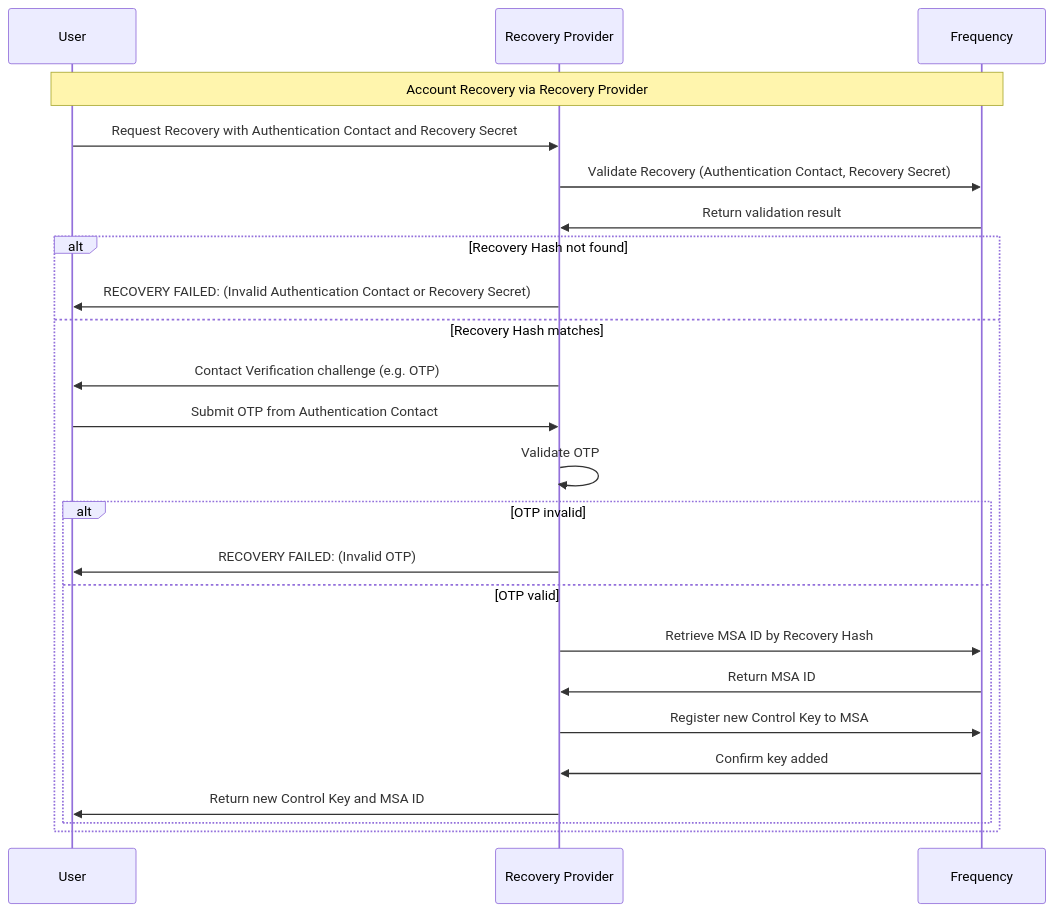
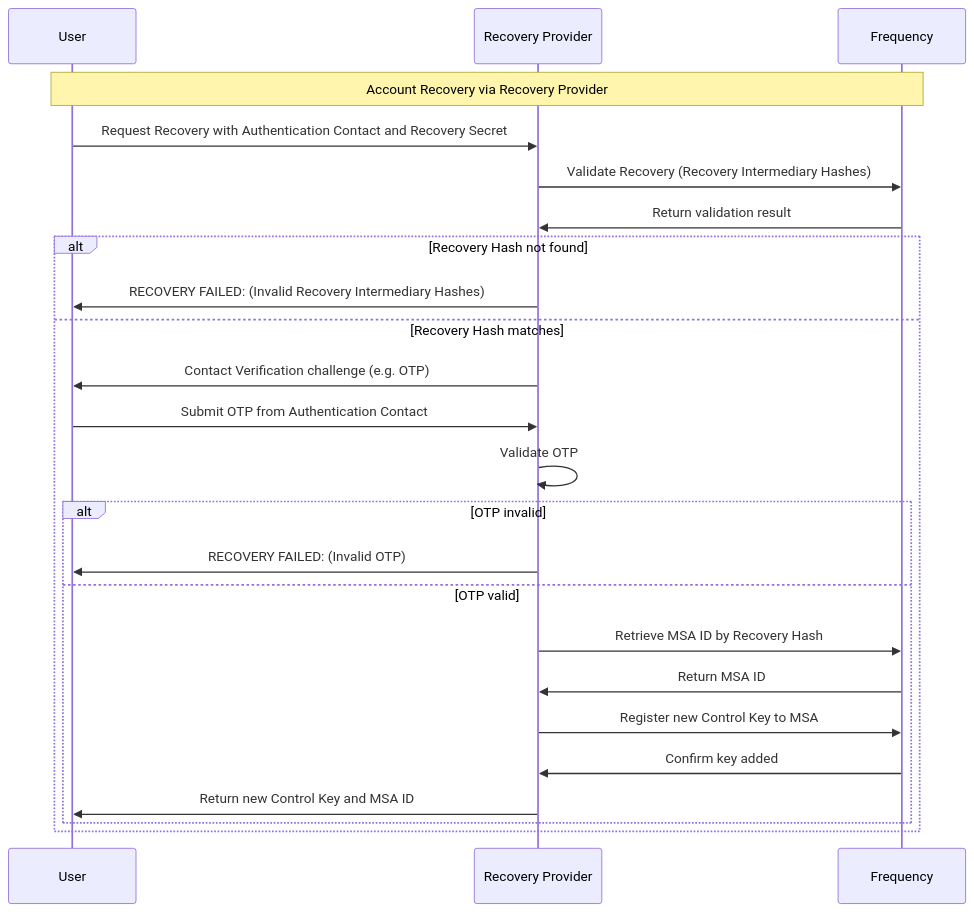
Before and after one commit to frequency-chain/frequency: the second of 2 diagrams in designdocs/recovery_system.md, drawn with Mermaid. The commit also changed other lines of this file, not shown here.

Commit message:
refactor: update terminology from Recovery Secret to Recovery Hash for consistency in documentation; address PR comments

````diff
--- a/designdocs/recovery_system.md
+++ b/designdocs/recovery_system.md
@@ -163,29 +166,29 @@
 ```mermaid
 sequenceDiagram
     participant U as User
     participant RP as Recovery Provider  
     participant F as Frequency
 
     Note over U,F: Account Recovery via Recovery Provider
     U->>RP: Request Recovery with Authentication Contact and Recovery Secret
-    RP->>F: Validate Recovery (Authentication Contact, Recovery Secret)
+    RP->>F: Validate Recovery (Recovery Intermediary Hashes)
     F->>RP: Return validation result
     
     alt Recovery Hash not found
-        RP->>U: RECOVERY FAILED: (Invalid Authentication Contact or Recovery Secret)
-    else Recovery Hash matches
+        RP->>U: RECOVERY FAILED: (Invalid Recovery Intermediary Hashes)
+    else Recovery Hash matches 
         RP->>U: Contact Verification challenge (e.g. OTP)
         U->>RP: Submit OTP from Authentication Contact
         RP->>RP: Validate OTP
         
         alt OTP invalid
             RP->>U: RECOVERY FAILED: (Invalid OTP)
         else OTP valid
             RP->>F: Retrieve MSA ID by Recovery Hash
             F->>RP: Return MSA ID
             RP->>F: Register new Control Key to MSA
             F->>RP: Confirm key added
             RP->>U: Return new Control Key and MSA ID
         end
     end
 ```
````
